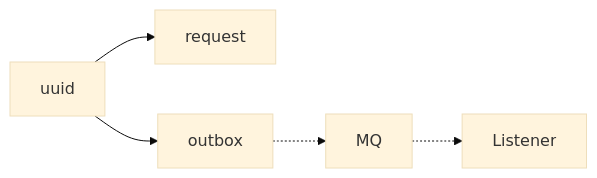
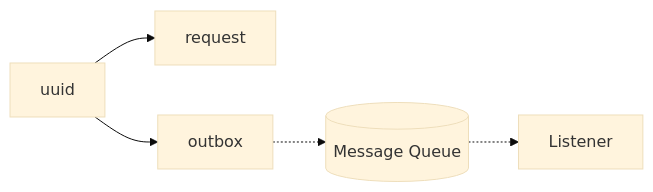
Before and after one commit to TongZhu-Ellen/chance-pay: the second of 4 diagrams in README.md, drawn with Mermaid (base theme). The commit also changed other lines of this file, not shown here.

````diff
--- a/README.md
+++ b/README.md
@@ -41,7 +41,7 @@
 ```mermaid
 graph LR
 uuid --> request
 uuid --> outbox
-outbox -.-> MQ
-MQ -.-> Listener
+outbox -.-> mq[(Message Queue)]
+mq[(Message Queue)] -.-> Listener
 ```
````
